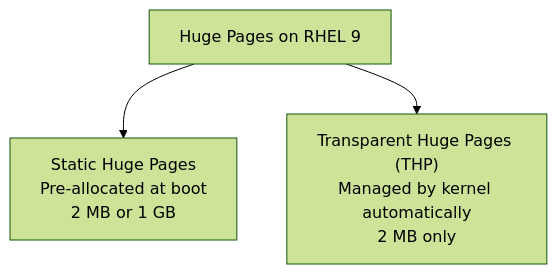
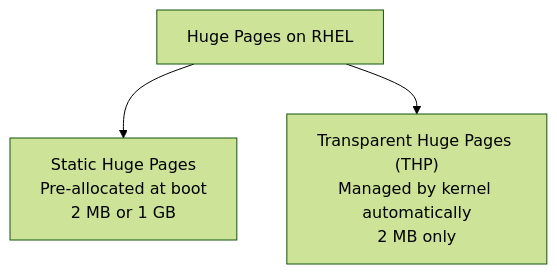
The diagram in posts/2026-03-04-kernel-huge-pages-database-vm-performance-rhel-9/README.md (OneUptime/blog), drawn with Mermaid (forest theme) before and after one commit. The commit also changed other lines of this file and 4866 other files, not shown here.

````diff
--- a/posts/2026-03-04-kernel-huge-pages-database-vm-performance-rhel-9/README.md
+++ b/posts/2026-03-04-kernel-huge-pages-database-vm-performance-rhel-9/README.md
@@ -19,5 +19,5 @@
 ```mermaid
 flowchart TD
-    A["Huge Pages on RHEL 9"] --> B["Static Huge Pages<br/>Pre-allocated at boot<br/>2 MB or 1 GB"]
+    A["Huge Pages on RHEL"] --> B["Static Huge Pages<br/>Pre-allocated at boot<br/>2 MB or 1 GB"]
     A --> C["Transparent Huge Pages (THP)<br/>Managed by kernel automatically<br/>2 MB only"]
 ```
````
